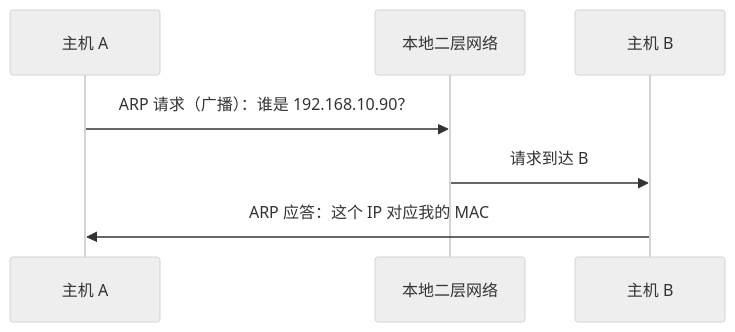
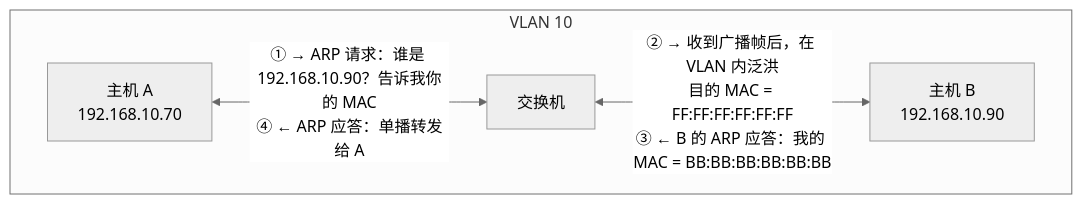
One commit to 74262195/system-architect-notes changed the first of 2 diagrams in 01_综合知识/01_计算机系统基础知识/03_计算机网络/05_IP网络与路由/01_IP控制与邻居发现/ARP地址解析.md. Above: the diagram before and after it, drawn with Mermaid (neutral theme).

Commit message:
docs: improve ARP request-reply diagram

````diff
--- a/01_综合知识/01_计算机系统基础知识/03_计算机网络/05_IP网络与路由/01_IP控制与邻居发现/ARP地址解析.md
+++ b/01_综合知识/01_计算机系统基础知识/03_计算机网络/05_IP网络与路由/01_IP控制与邻居发现/ARP地址解析.md
@@ -82,9 +82,13 @@
 ```mermaid
-sequenceDiagram
-    participant A as 主机 A
-    participant LAN as 本地二层网络
-    participant B as 主机 B
-    A->>LAN: ARP 请求（广播）：谁是 192.168.10.90？
-    LAN->>B: 请求到达 B
-    B->>A: ARP 应答：这个 IP 对应我的 MAC
+flowchart LR
+    subgraph V["VLAN 10"]
+        direction LR
+
+        A["主机 A<br/>192.168.10.70"]
+        SW["交换机"]
+        B["主机 B<br/>192.168.10.90"]
+
+        A <-->|"① → ARP 请求：谁是 192.168.10.90？告诉我你的 MAC<br/>④ ← ARP 应答：单播转发给 A"| SW
+        SW <-->|"② → 收到广播帧后，在 VLAN 内泛洪<br/>目的 MAC = FF:FF:FF:FF:FF:FF<br/>③ ← B 的 ARP 应答：我的 MAC = BB:BB:BB:BB:BB:BB"| B
+    end
 ```
````
